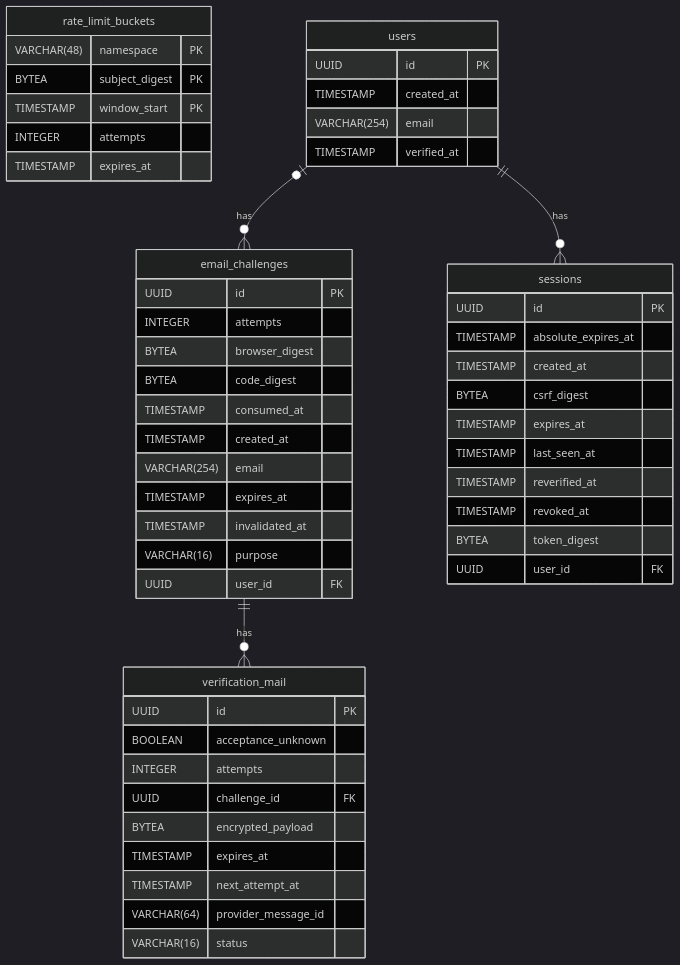
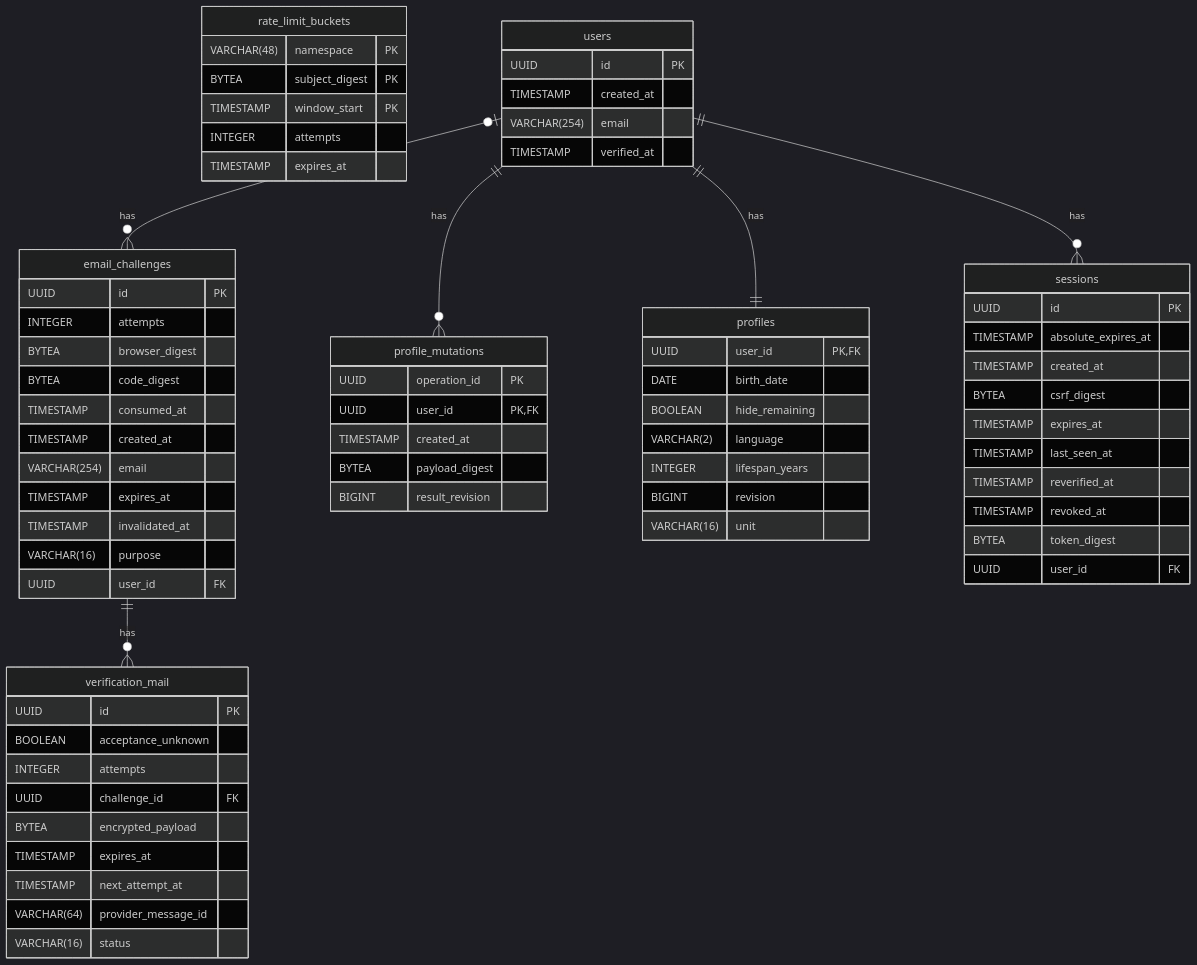
One commit to agapeengineering/aion changed the diagram in docs/architecture/database-schema.md. Above: the diagram before and after it, drawn with Mermaid (dark theme). The commit also changed other lines of this file and 39 other files, not shown here.

````diff
--- a/docs/architecture/database-schema.md
+++ b/docs/architecture/database-schema.md
@@ -7,55 +7,73 @@
 ```mermaid
 erDiagram
-rate_limit_buckets {
- VARCHAR(48) namespace PK
-   BYTEA subject_digest PK
-   TIMESTAMP window_start PK
-   INTEGER attempts
-   TIMESTAMP expires_at
-}
-users {
- UUID id PK
-   TIMESTAMP created_at
-   VARCHAR(254) email
-   TIMESTAMP verified_at
-}
 email_challenges {
  UUID id PK
    INTEGER attempts
    BYTEA browser_digest
    BYTEA code_digest
    TIMESTAMP consumed_at
    TIMESTAMP created_at
    VARCHAR(254) email
    TIMESTAMP expires_at
    TIMESTAMP invalidated_at
    VARCHAR(16) purpose
    UUID user_id FK
 }
+profile_mutations {
+ UUID operation_id PK
+   UUID user_id PK, FK
+   TIMESTAMP created_at
+   BYTEA payload_digest
+   BIGINT result_revision
+}
+profiles {
+ UUID user_id PK, FK
+   DATE birth_date
+   BOOLEAN hide_remaining
+   VARCHAR(2) language
+   INTEGER lifespan_years
+   BIGINT revision
+   VARCHAR(16) unit
+}
+rate_limit_buckets {
+ VARCHAR(48) namespace PK
+   BYTEA subject_digest PK
+   TIMESTAMP window_start PK
+   INTEGER attempts
+   TIMESTAMP expires_at
+}
 sessions {
  UUID id PK
    TIMESTAMP absolute_expires_at
    TIMESTAMP created_at
    BYTEA csrf_digest
    TIMESTAMP expires_at
    TIMESTAMP last_seen_at
    TIMESTAMP reverified_at
    TIMESTAMP revoked_at
    BYTEA token_digest
    UUID user_id FK
+}
+users {
+ UUID id PK
+   TIMESTAMP created_at
+   VARCHAR(254) email
+   TIMESTAMP verified_at
 }
 verification_mail {
  UUID id PK
    BOOLEAN acceptance_unknown
    INTEGER attempts
    UUID challenge_id FK
    BYTEA encrypted_payload
    TIMESTAMP expires_at
    TIMESTAMP next_attempt_at
    VARCHAR(64) provider_message_id
    VARCHAR(16) status
 }
 users o|--o{ email_challenges : has
+users ||--o{ profile_mutations : has
+users ||--|| profiles : has
 users ||--o{ sessions : has
 email_challenges ||--o{ verification_mail : has
 ```
````
